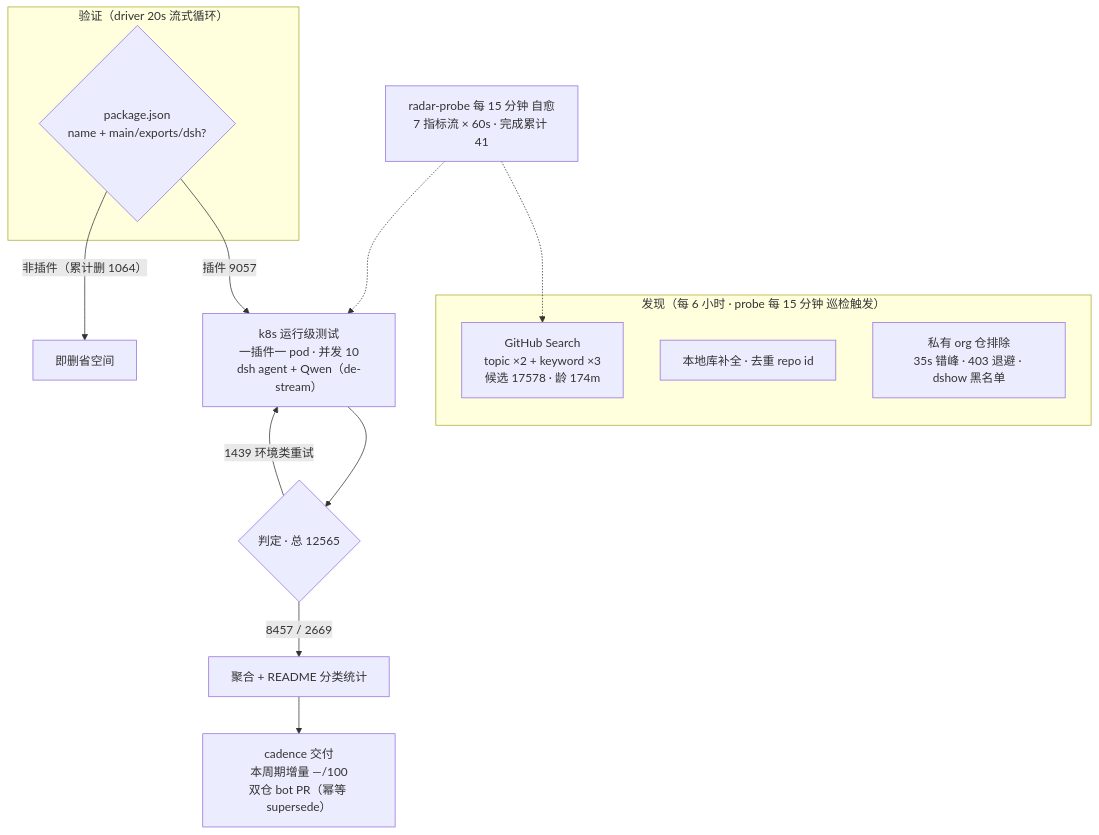
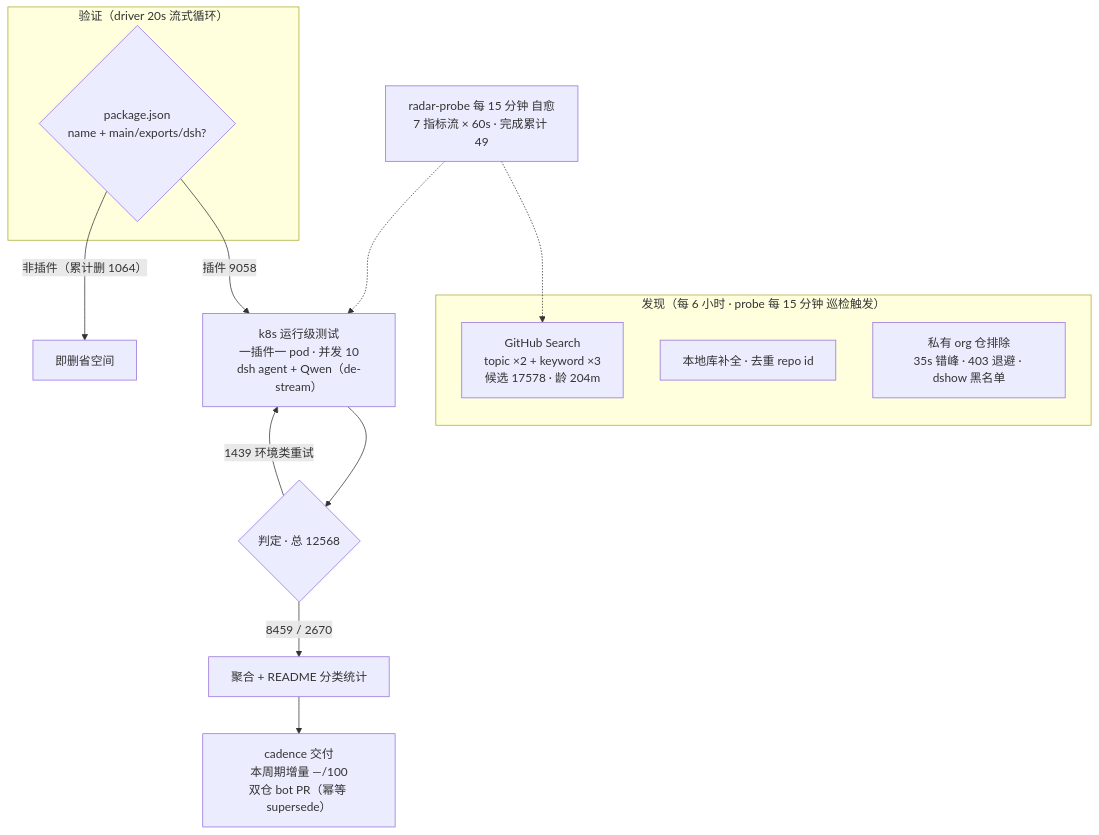
Before and after one commit to Zhidao-Lab-OSS/awesome-dsh-plugins: the diagram in README.md, drawn with Mermaid. The commit also changed other lines of this file and 1 other file, not shown here.

````diff
--- a/README.md
+++ b/README.md
@@ -52,20 +52,20 @@
 ```mermaid
 flowchart TB
     subgraph Discovery["发现（每 6 小时 · probe 每 15 分钟 巡检触发）"]
-        A1["GitHub Search<br/>topic ×2 + keyword ×3<br/>候选 17578 · 龄 174m"]
+        A1["GitHub Search<br/>topic ×2 + keyword ×3<br/>候选 17578 · 龄 204m"]
         A2["本地库补全 · 去重 repo id"]
         A3["私有 org 仓排除<br/>35s 错峰 · 403 退避 · dshow 黑名单"]
     end
     subgraph Validation["验证（driver 20s 流式循环）"]
         B1{"package.json<br/>name + main/exports/dsh?"}
     end
-    B1 -->|"插件 9057"| C1["k8s 运行级测试<br/>一插件一 pod · 并发 10<br/>dsh agent + Qwen（de-stream）"]
+    B1 -->|"插件 9058"| C1["k8s 运行级测试<br/>一插件一 pod · 并发 10<br/>dsh agent + Qwen（de-stream）"]
     B1 -->|"非插件（累计删 1064）"| B3["即删省空间"]
-    C1 --> D1{"判定 · 总 12565"}
-    D1 -->|"8457 / 2669"| E1["聚合 + README 分类统计"]
+    C1 --> D1{"判定 · 总 12568"}
+    D1 -->|"8459 / 2670"| E1["聚合 + README 分类统计"]
     D1 -->|"1439 环境类重试"| C1
     E1 --> E2["cadence 交付<br/>本周期增量 —/100<br/>双仓 bot PR（幂等 supersede）"]
-    M["radar-probe 每 15 分钟 自愈<br/>7 指标流 × 60s · 完成累计 41"]
+    M["radar-probe 每 15 分钟 自愈<br/>7 指标流 × 60s · 完成累计 49"]
     M -.-> A1
     M -.-> C1
 ```
````
